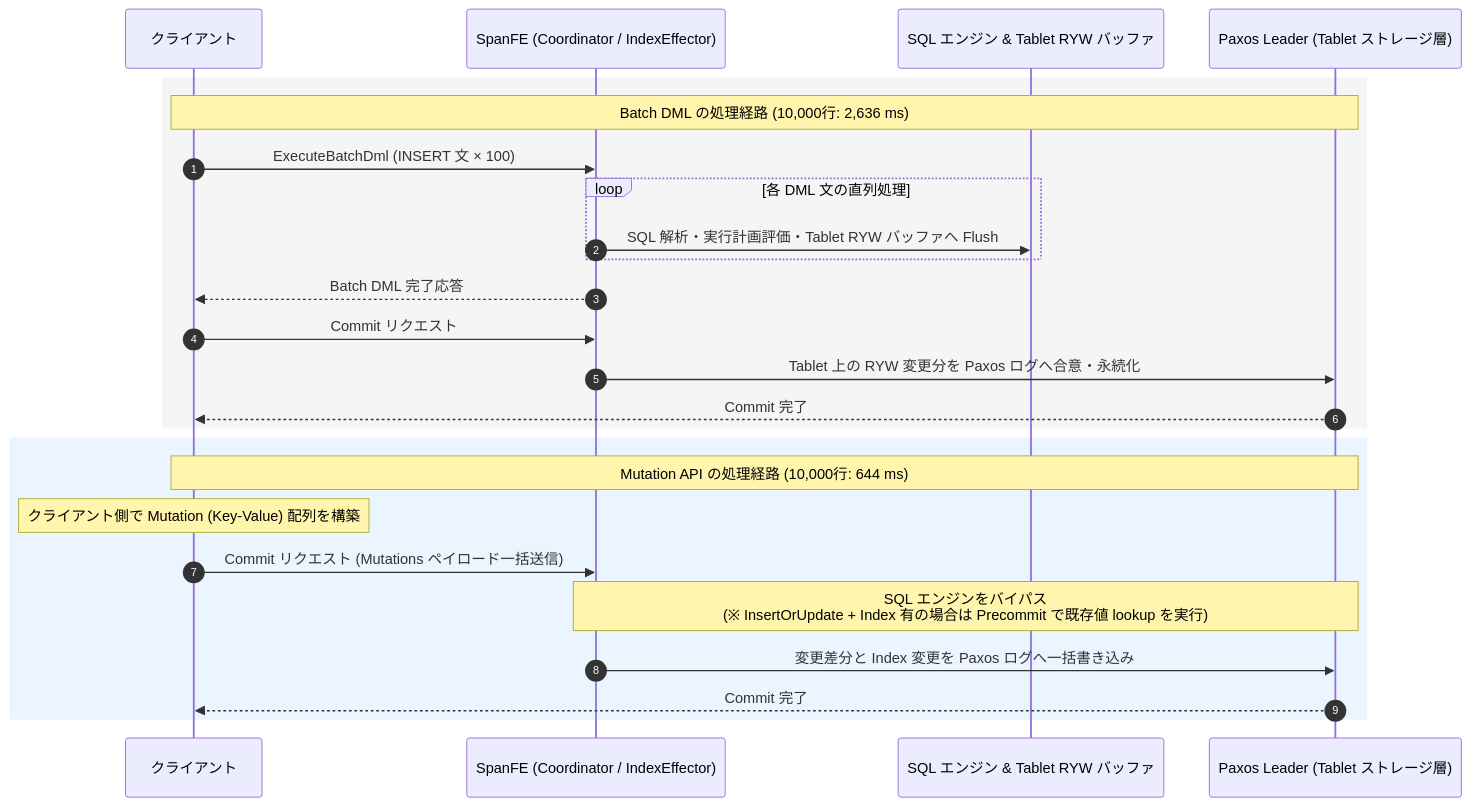
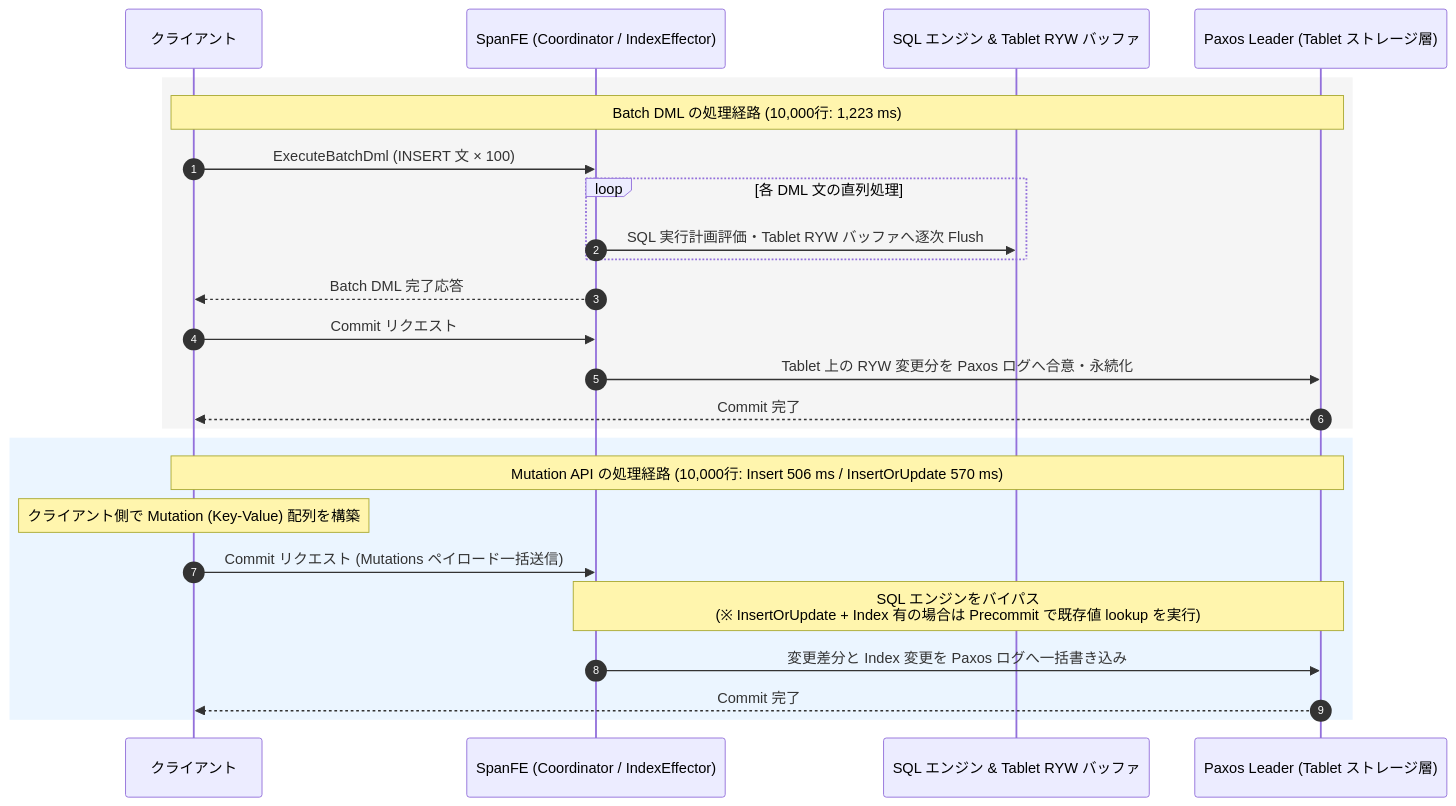
Before and after one commit to michity15169/zenn-content: the third of 6 diagrams in articles/7aad16e9b5760d.md, drawn with Mermaid. The commit also changed other lines of this file, not shown here.

````diff
--- a/articles/7aad16e9b5760d.md
+++ b/articles/7aad16e9b5760d.md
@@ -252,29 +256,29 @@
 ```mermaid
 sequenceDiagram
     autonumber
     participant C as クライアント
     participant FE as SpanFE (Coordinator / IndexEffector)
     participant SQL as SQL エンジン & Tablet RYW バッファ
     participant P as Paxos Leader (Tablet ストレージ層)
 
     rect rgb(245, 245, 245)
-    Note over C,P: Batch DML の処理経路 (10,000行: 2,636 ms)
+    Note over C,P: Batch DML の処理経路 (10,000行: 1,223 ms)
     C->>FE: ExecuteBatchDml (INSERT 文 × 100)
     loop 各 DML 文の直列処理
-        FE->>SQL: SQL 解析・実行計画評価・Tablet RYW バッファへ Flush
+        FE->>SQL: SQL 実行計画評価・Tablet RYW バッファへ逐次 Flush
     end
     FE-->>C: Batch DML 完了応答
     C->>FE: Commit リクエスト
     FE->>P: Tablet 上の RYW 変更分を Paxos ログへ合意・永続化
     P-->>C: Commit 完了
     end
 
     rect rgb(235, 245, 255)
-    Note over C,P: Mutation API の処理経路 (10,000行: 644 ms)
+    Note over C,P: Mutation API の処理経路 (10,000行: Insert 506 ms / InsertOrUpdate 570 ms)
     Note over C: クライアント側で Mutation (Key-Value) 配列を構築
     C->>FE: Commit リクエスト (Mutations ペイロード一括送信)
     Note over FE,P: SQL エンジンをバイパス<br/>(※ InsertOrUpdate + Index 有の場合は Precommit で既存値 lookup を実行)
     FE->>P: 変更差分と Index 変更を Paxos ログへ一括書き込み
     P-->>C: Commit 完了
     end
 ```
````
